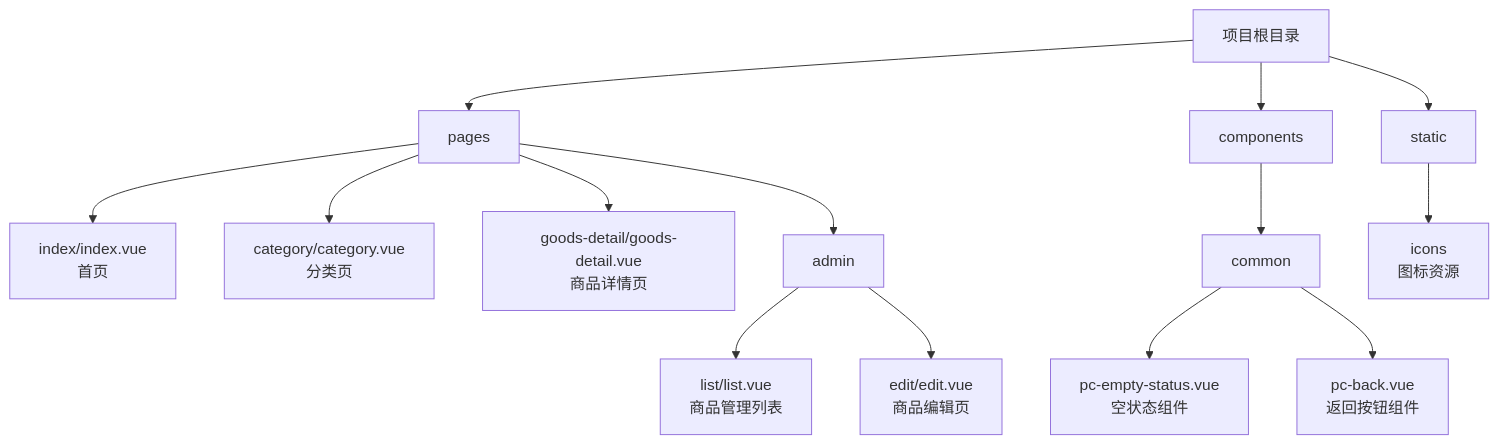
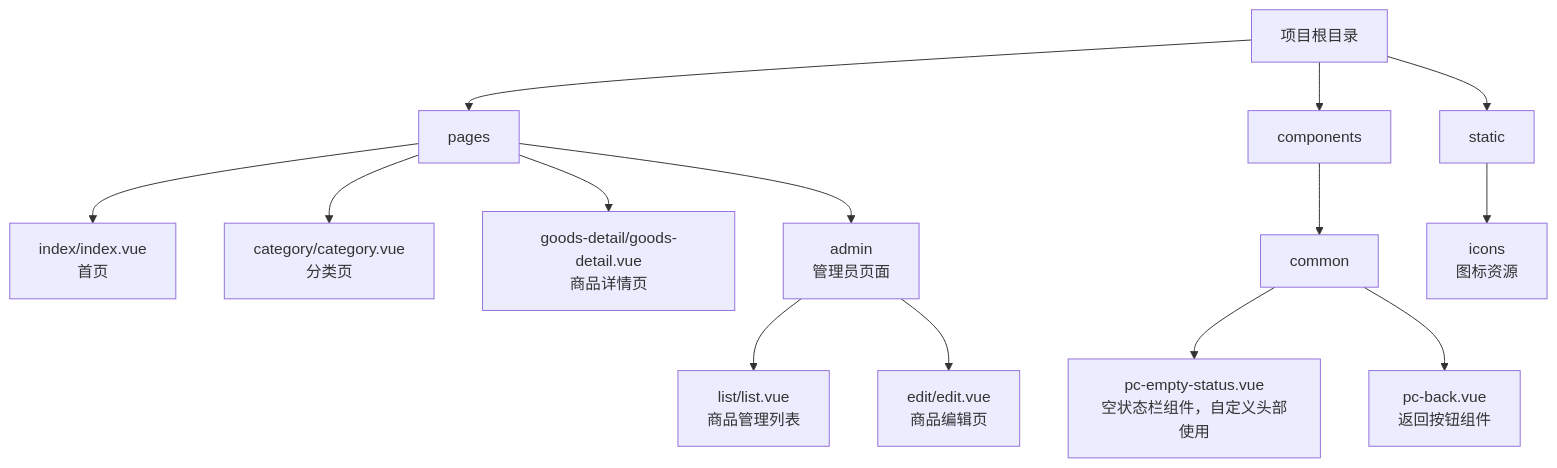
Before and after one commit to kvker/PrivateCollection: the diagram in README.md, drawn with Mermaid.

Commit message:
feat 优化README

````diff
--- a/README.md
+++ b/README.md
@@ -67,25 +67,25 @@
 ```mermaid
 graph TD
   Root[项目根目录]
   Pages[pages]
   Components[components]
   Static[static]
 
   Root --> Pages
   Root --> Components
   Root --> Static
 
   Pages --> Index[index/index.vue<br/>首页]
   Pages --> Category[category/category.vue<br/>分类页]
   Pages --> GoodsDetail[goods-detail/goods-detail.vue<br/>商品详情页]
-  Pages --> Admin[admin]
+  Pages --> Admin[admin<br/>管理员页面]
 
   Admin --> List[list/list.vue<br/>商品管理列表]
   Admin --> Edit[edit/edit.vue<br/>商品编辑页]
 
   Components --> Common[common]
-  Common --> Empty[pc-empty-status.vue<br/>空状态组件]
+  Common --> Empty[pc-empty-status.vue<br/>空状态栏组件，自定义头部使用]
   Common --> Back[pc-back.vue<br/>返回按钮组件]
 
   Static --> Icons[icons<br/>图标资源]
 ```
````
